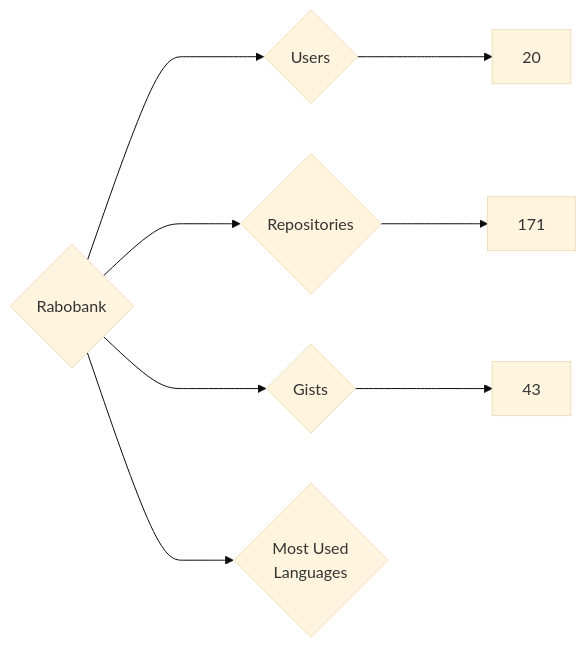
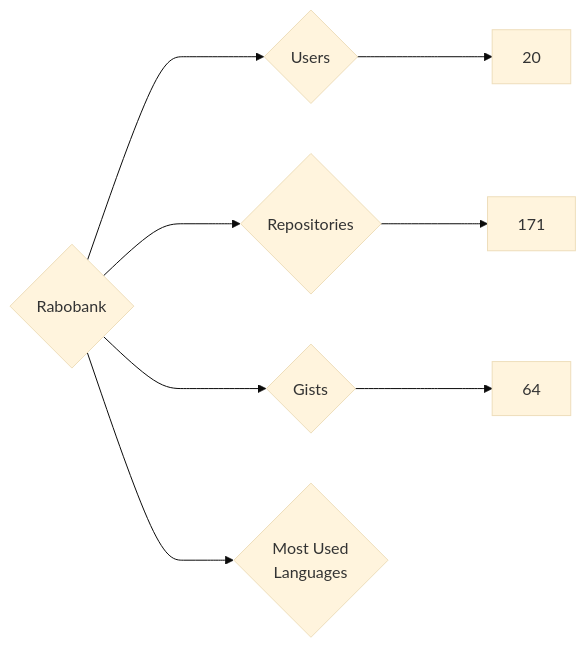
Before and after one commit to nenadzaric/insiders: the diagram in targets/Rabobank/README.md, drawn with Mermaid (base theme). The commit also changed 1342 other files, not shown here.

````diff
--- a/targets/Rabobank/README.md
+++ b/targets/Rabobank/README.md
@@ -3,8 +3,8 @@
 ```mermaid
 graph LR
 COMPANY_NAME{Rabobank}
 COMPANY_NAME ---> U{Users} ---> UN[20]
 COMPANY_NAME ---> R{Repositories} ---> RN[171]
-COMPANY_NAME ---> G{Gists} ---> GN[43]
+COMPANY_NAME ---> G{Gists} ---> GN[64]
 COMPANY_NAME ---> ML{Most Used<br>Languages}
 ```
````
